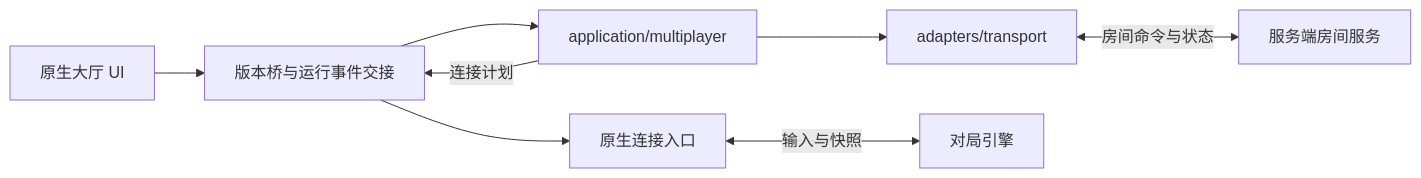
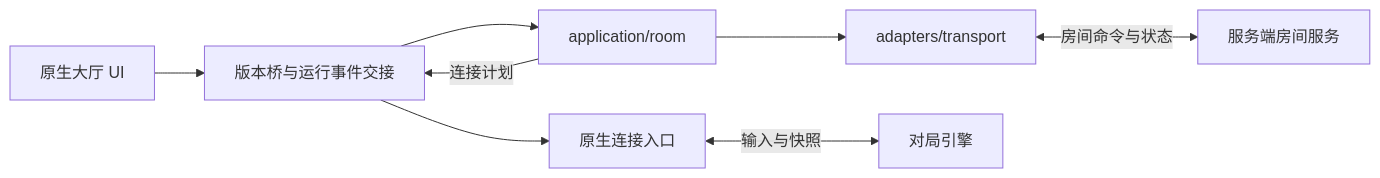
One commit to BeingIsA/Welcome_CODOL_Client changed the third of 3 diagrams in docs/架构设计.md. Above: the diagram before and after it, drawn with Mermaid. The commit also changed other lines of this file and 21 other files, not shown here.

````diff
--- a/docs/架构设计.md
+++ b/docs/架构设计.md
@@ -273,10 +276,10 @@
 ```mermaid
 flowchart LR
     UI[原生大厅 UI] --> Bridge[版本桥与运行事件交接]
-    Bridge --> M[application/multiplayer]
+    Bridge --> M[application/room]
     M --> N[adapters/transport]
     N <-->|房间命令与状态| S[服务端房间服务]
     M -->|连接计划| Bridge
     Bridge --> G[原生连接入口]
     G <-->|输入与快照| E[对局引擎]
 ```
````
